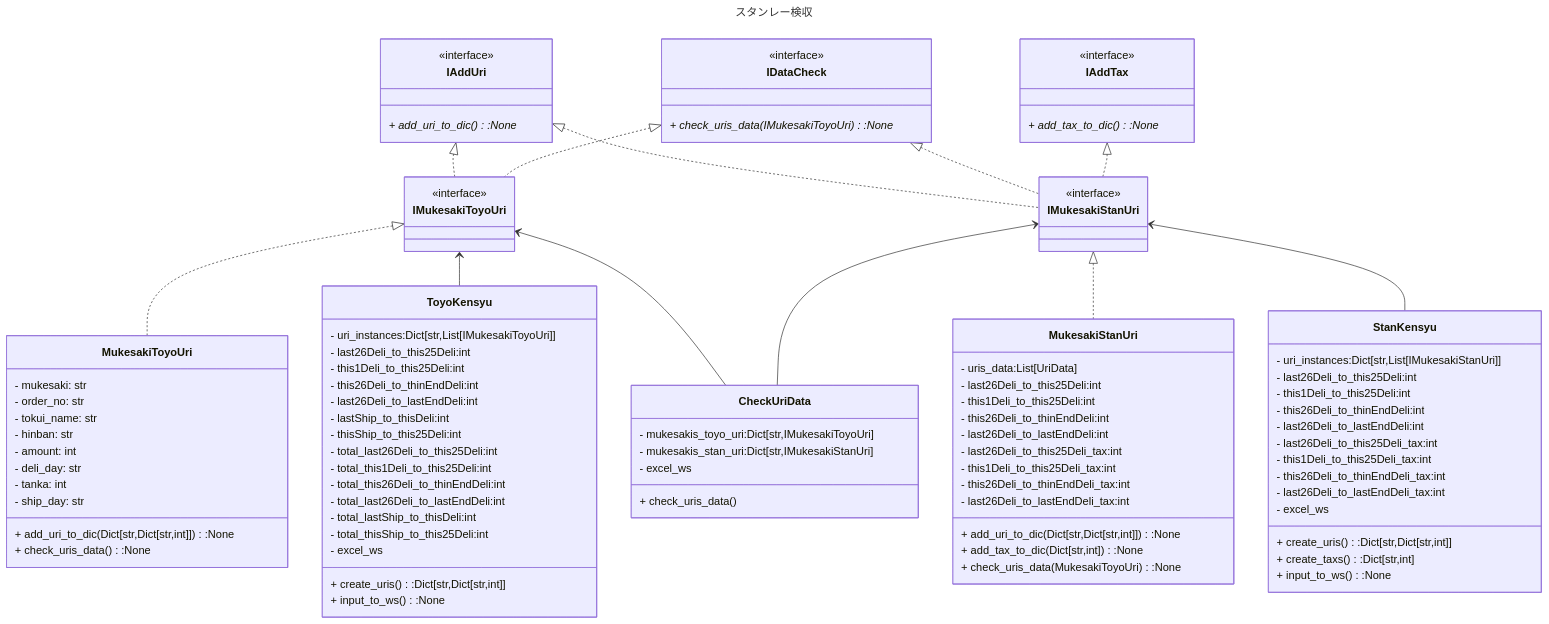
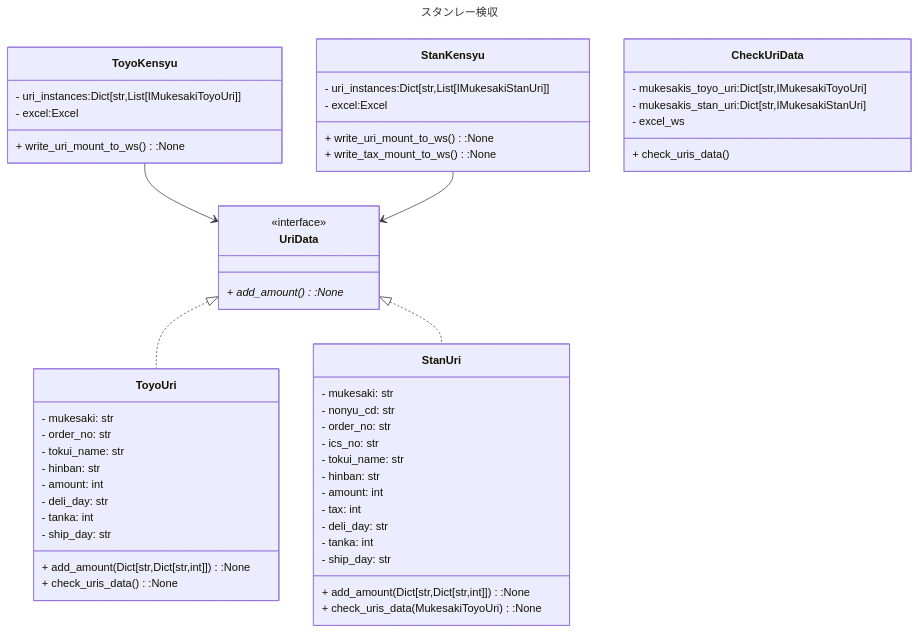
The diagram in stanley_kensyu.md (ogashira/stanley_kensyu), drawn with Mermaid before and after one commit. The commit also changed other lines of this file and 16 other files, not shown here.

````diff
--- a/stanley_kensyu.md
+++ b/stanley_kensyu.md
@@ -8,25 +8,11 @@
 direction TB
 
 
-class IAddUri{
+class UriData{
     <<interface>>
-    + add_uri_to_dic():None*
+    + add_amount():None*
 }
-class IAddTax{
-    <<interface>>
-    + add_tax_to_dic():None*
-}
-class IDataCheck{
-    <<interface>>
-    + check_uris_data(IMukesakiToyoUri):None*
-}
-class IMukesakiToyoUri{
-    <<interface>>
-}
-class IMukesakiStanUri{
-    <<interface>>
-}
-class MukesakiToyoUri{
+class ToyoUri{
     - mukesaki: str
     - order_no: str
     - tokui_name: str
@@ -35,55 +21,34 @@
     - deli_day: str
     - tanka: int
     - ship_day: str
-    + add_uri_to_dic(Dict[str,Dict[str,int]]):None
+    + add_amount(Dict[str,Dict[str,int]]):None
     + check_uris_data():None
 }
-class MukesakiStanUri{
-    - uris_data:List[UriData]
-    - last26Deli_to_this25Deli:int
-    - this1Deli_to_this25Deli:int
-    - this26Deli_to_thinEndDeli:int
-    - last26Deli_to_lastEndDeli:int
-    - last26Deli_to_this25Deli_tax:int
-    - this1Deli_to_this25Deli_tax:int
-    - this26Deli_to_thinEndDeli_tax:int
-    - last26Deli_to_lastEndDeli_tax:int
-    + add_uri_to_dic(Dict[str,Dict[str,int]]):None
-    + add_tax_to_dic(Dict[str,int]):None
+class StanUri{
+    - mukesaki: str
+    - nonyu_cd: str
+    - order_no: str
+    - ics_no: str
+    - tokui_name: str
+    - hinban: str
+    - amount: int
+    - tax: int
+    - deli_day: str
+    - tanka: int
+    - ship_day: str
+    + add_amount(Dict[str,Dict[str,int]]):None
     + check_uris_data(MukesakiToyoUri):None
 }
 class ToyoKensyu{
     - uri_instances:Dict[str,List[IMukesakiToyoUri]]
-    - last26Deli_to_this25Deli:int
-    - this1Deli_to_this25Deli:int
-    - this26Deli_to_thinEndDeli:int
-    - last26Deli_to_lastEndDeli:int
-    - lastShip_to_thisDeli:int
-    - thisShip_to_this25Deli:int
-    - total_last26Deli_to_this25Deli:int
-    - total_this1Deli_to_this25Deli:int
-    - total_this26Deli_to_thinEndDeli:int
-    - total_last26Deli_to_lastEndDeli:int
-    - total_lastShip_to_thisDeli:int
-    - total_thisShip_to_this25Deli:int
-    - excel_ws
-    + create_uris():Dict[str,Dict[str,int]]
-    + input_to_ws():None
+    - excel:Excel
+    + write_uri_mount_to_ws():None
 }
 class StanKensyu{
     - uri_instances:Dict[str,List[IMukesakiStanUri]]
-    - last26Deli_to_this25Deli:int
-    - this1Deli_to_this25Deli:int
-    - this26Deli_to_thinEndDeli:int
-    - last26Deli_to_lastEndDeli:int
-    - last26Deli_to_this25Deli_tax:int
-    - this1Deli_to_this25Deli_tax:int
-    - this26Deli_to_thinEndDeli_tax:int
-    - last26Deli_to_lastEndDeli_tax:int
-    - excel_ws
-    + create_uris():Dict[str,Dict[str,int]]
-    + create_taxs():Dict[str,int]
-    + input_to_ws():None
+    - excel:Excel
+    + write_uri_mount_to_ws():None
+    + write_tax_mount_to_ws():None
 }
 class CheckUriData{
     - mukesakis_toyo_uri:Dict[str,IMukesakiToyoUri]
@@ -93,16 +58,8 @@
 }
 
 
-IAddUri <|.. IMukesakiToyoUri
-IDataCheck <|.. IMukesakiToyoUri
-IMukesakiToyoUri <|.. MukesakiToyoUri
-IMukesakiToyoUri <-- ToyoKensyu
-IMukesakiToyoUri <-- CheckUriData
-
-IAddUri <|.. IMukesakiStanUri
-IDataCheck <|.. IMukesakiStanUri
-IMukesakiStanUri <|.. MukesakiStanUri
-IMukesakiStanUri <-- StanKensyu
-IMukesakiStanUri <-- CheckUriData
-IAddTax <|.. IMukesakiStanUri
+UriData <|.. ToyoUri
+UriData <|.. StanUri
+ToyoKensyu --> UriData
+StanKensyu --> UriData
 ```
````
